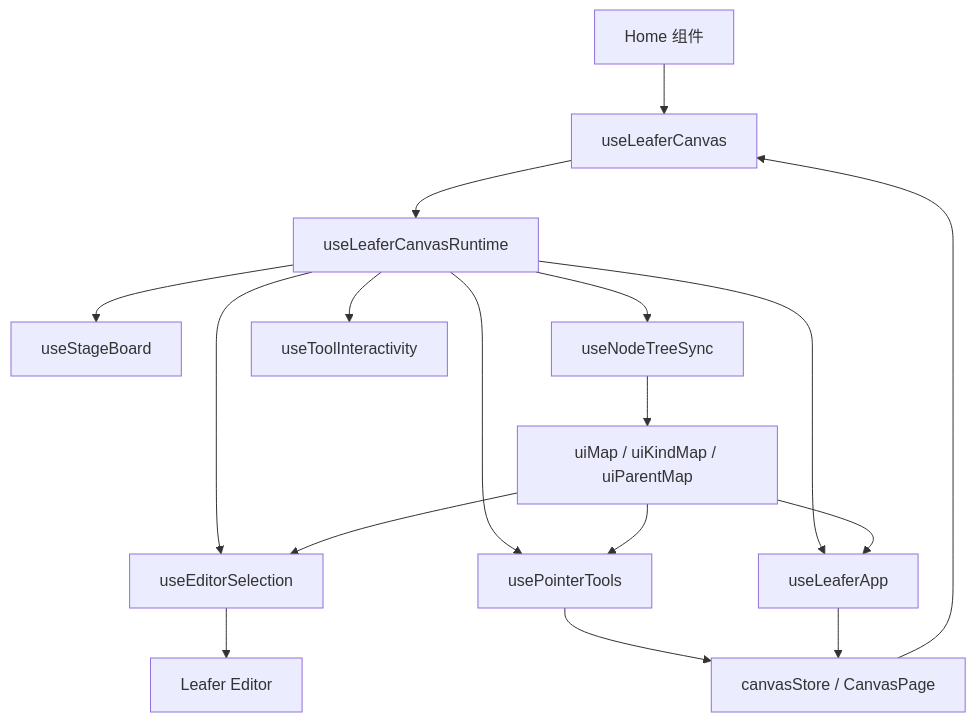
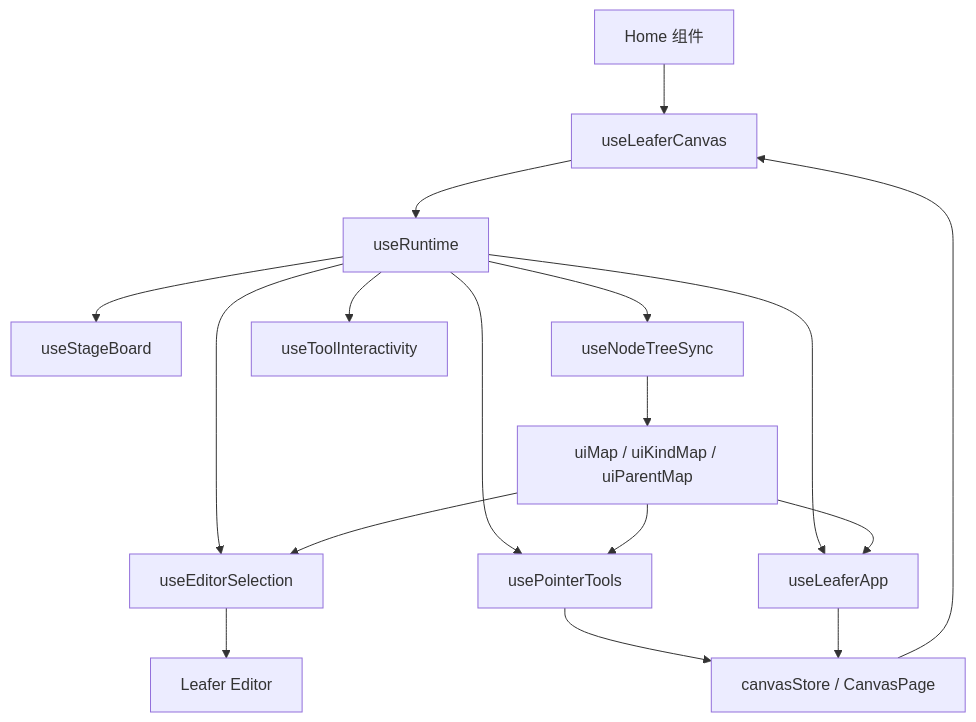
Before and after one commit to Tajigaqzh/paint-canvas: the eighth of 8 diagrams in src/pages/home/hooks/README.md, drawn with Mermaid. The commit also changed other lines of this file and 101 other files, not shown here.

Commit message:
refactor: 拆分 Leafer hook 并接入图片缓存与单测

````diff
--- a/src/pages/home/hooks/README.md
+++ b/src/pages/home/hooks/README.md
@@ -295,21 +337,21 @@
 ```mermaid
 flowchart TD
   Home[Home 组件] --> Entry[useLeaferCanvas]
-  Entry --> Runtime[useLeaferCanvasRuntime]
+  Entry --> Runtime[useRuntime]
   Runtime --> App[useLeaferApp]
   Runtime --> Stage[useStageBoard]
   Runtime --> Tree[useNodeTreeSync]
   Runtime --> Tool[usePointerTools]
   Runtime --> Mode[useToolInteractivity]
   Runtime --> Selection[useEditorSelection]
 
   Store[canvasStore / CanvasPage] --> Entry
   Tree --> UIMap[uiMap / uiKindMap / uiParentMap]
   UIMap --> Selection
   UIMap --> Tool
   UIMap --> App
 
   Tool --> Store
   App --> Store
   Selection --> Editor[Leafer Editor]
 ```
````
